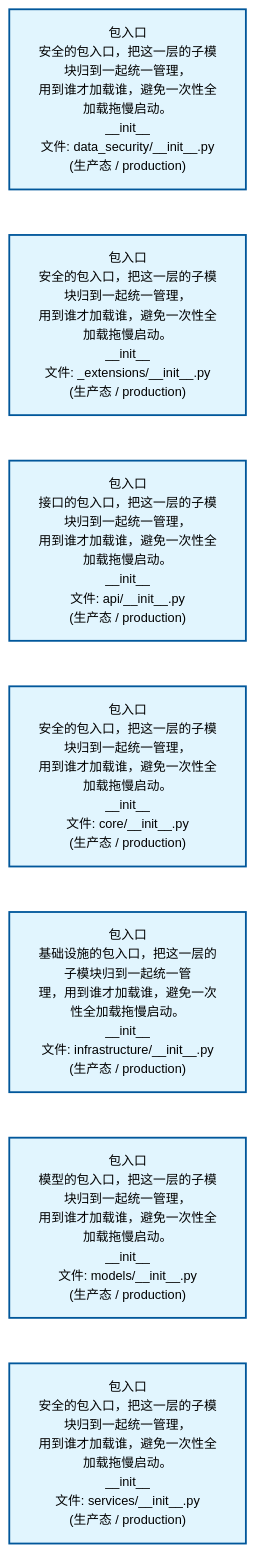
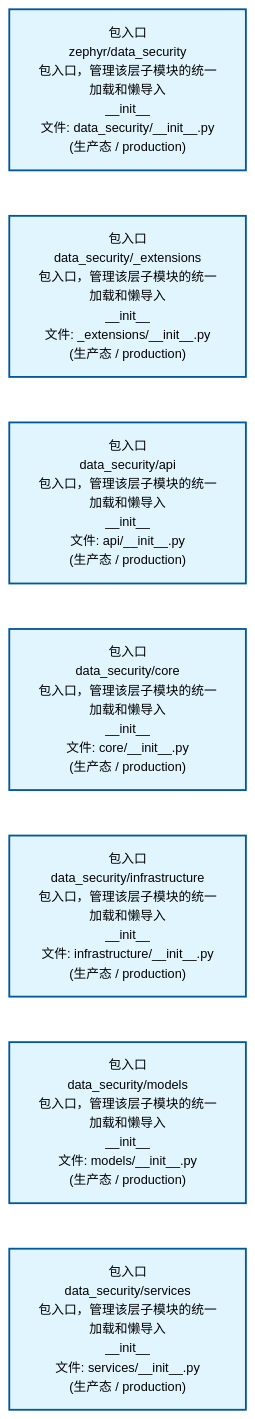
Before and after one commit to xuanFelixVan/ZephyrAlpha: the first of 2 diagrams in docs/02_enterprise_architecture/02_domain_architecture_docs/14_d_data_sec.md, drawn with Mermaid. The commit also changed other lines of this file and 60 other files, not shown here.

````diff
--- a/docs/02_enterprise_architecture/02_domain_architecture_docs/14_d_data_sec.md
+++ b/docs/02_enterprise_architecture/02_domain_architecture_docs/14_d_data_sec.md
@@ -53,22 +53,22 @@
 ```mermaid
 %%{init: {'theme': 'base', 'themeVariables': {'primaryColor': '#eaeaea', 'primaryTextColor': '#333333', 'primaryBorderColor': '#666666', 'lineColor': '#666666', 'secondaryColor': '#eaeaea', 'tertiaryColor': '#eaeaea', 'fontSize': '14px'}}}%%
 flowchart TD
-    src_zephyr_data_security_init_py["包入口<br/>安全的包入口，把这一层的子模块归到一起统一管理，<br/>用到谁才加载谁，避免一次性全加载拖慢启动。<br/>__init__<br/>文件: data_security/__init__.py<br/>(生产态 / production)"]
-    src_zephyr_data_security_extensions_init_py["包入口<br/>安全的包入口，把这一层的子模块归到一起统一管理，<br/>用到谁才加载谁，避免一次性全加载拖慢启动。<br/>__init__<br/>文件: _extensions/__init__.py<br/>(生产态 / production)"]
-    src_zephyr_data_security_api_init_py["包入口<br/>接口的包入口，把这一层的子模块归到一起统一管理，<br/>用到谁才加载谁，避免一次性全加载拖慢启动。<br/>__init__<br/>文件: api/__init__.py<br/>(生产态 / production)"]
-    src_zephyr_data_security_core_init_py["包入口<br/>安全的包入口，把这一层的子模块归到一起统一管理，<br/>用到谁才加载谁，避免一次性全加载拖慢启动。<br/>__init__<br/>文件: core/__init__.py<br/>(生产态 / production)"]
-    src_zephyr_data_security_infrastructure_init_py["包入口<br/>基础设施的包入口，把这一层的子模块归到一起统一管<br/>理，用到谁才加载谁，避免一次性全加载拖慢启动。<br/>__init__<br/>文件: infrastructure/__init__.py<br/>(生产态 / production)"]
-    src_zephyr_data_security_models_init_py["包入口<br/>模型的包入口，把这一层的子模块归到一起统一管理，<br/>用到谁才加载谁，避免一次性全加载拖慢启动。<br/>__init__<br/>文件: models/__init__.py<br/>(生产态 / production)"]
-    src_zephyr_data_security_services_init_py["包入口<br/>安全的包入口，把这一层的子模块归到一起统一管理，<br/>用到谁才加载谁，避免一次性全加载拖慢启动。<br/>__init__<br/>文件: services/__init__.py<br/>(生产态 / production)"]
+    src_zephyr_data_security_init_py["包入口<br/>zephyr/data_security<br/>包入口，管理该层子模块的统一加载和懒导入<br/>__init__<br/>文件: data_security/__init__.py<br/>(生产态 / production)"]
+    src_zephyr_data_security_extensions_init_py["包入口<br/>data_security/_extensions<br/>包入口，管理该层子模块的统一加载和懒导入<br/>__init__<br/>文件: _extensions/__init__.py<br/>(生产态 / production)"]
+    src_zephyr_data_security_api_init_py["包入口<br/>data_security/api<br/>包入口，管理该层子模块的统一加载和懒导入<br/>__init__<br/>文件: api/__init__.py<br/>(生产态 / production)"]
+    src_zephyr_data_security_core_init_py["包入口<br/>data_security/core<br/>包入口，管理该层子模块的统一加载和懒导入<br/>__init__<br/>文件: core/__init__.py<br/>(生产态 / production)"]
+    src_zephyr_data_security_infrastructure_init_py["包入口<br/>data_security/infrastructure<br/>包入口，管理该层子模块的统一加载和懒导入<br/>__init__<br/>文件: infrastructure/__init__.py<br/>(生产态 / production)"]
+    src_zephyr_data_security_models_init_py["包入口<br/>data_security/models<br/>包入口，管理该层子模块的统一加载和懒导入<br/>__init__<br/>文件: models/__init__.py<br/>(生产态 / production)"]
+    src_zephyr_data_security_services_init_py["包入口<br/>data_security/services<br/>包入口，管理该层子模块的统一加载和懒导入<br/>__init__<br/>文件: services/__init__.py<br/>(生产态 / production)"]
     src_zephyr_data_security_init_py ~~~ src_zephyr_data_security_extensions_init_py
     src_zephyr_data_security_extensions_init_py ~~~ src_zephyr_data_security_api_init_py
     src_zephyr_data_security_api_init_py ~~~ src_zephyr_data_security_core_init_py
     src_zephyr_data_security_core_init_py ~~~ src_zephyr_data_security_infrastructure_init_py
     src_zephyr_data_security_infrastructure_init_py ~~~ src_zephyr_data_security_models_init_py
     src_zephyr_data_security_models_init_py ~~~ src_zephyr_data_security_services_init_py
     classDef production fill:#e1f5fe,stroke:#01579b,stroke-width:2px,color:#000
     classDef design fill:#fff3e0,stroke:#e65100,stroke-width:2px,color:#000,stroke-dasharray: 5 5
     classDef external_prod fill:#e8f4fd,stroke:#0277bd,stroke-width:1px,color:#000
     classDef external_design fill:#fff8e7,stroke:#ef6c00,stroke-width:1px,color:#000,stroke-dasharray: 5 5
     class src_zephyr_data_security_init_py,src_zephyr_data_security_extensions_init_py,src_zephyr_data_security_api_init_py,src_zephyr_data_security_core_init_py,src_zephyr_data_security_infrastructure_init_py,src_zephyr_data_security_models_init_py,src_zephyr_data_security_services_init_py production
 ```
````
